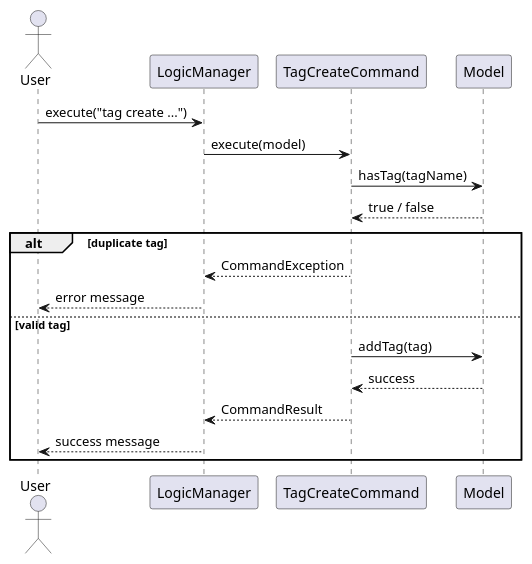
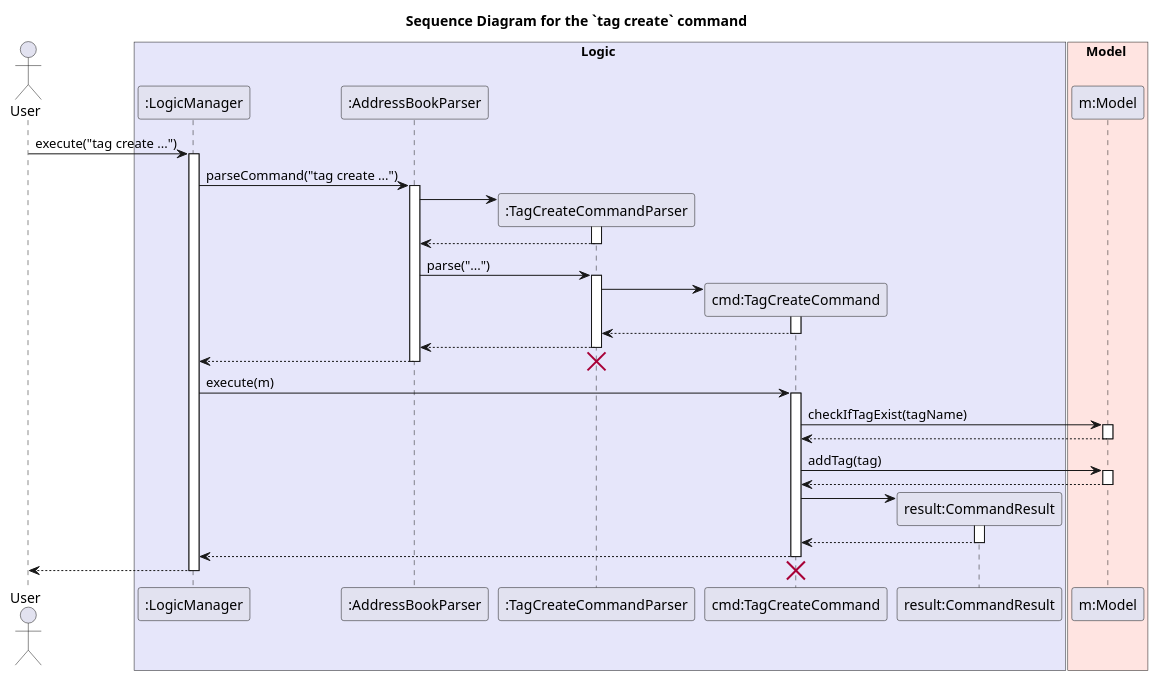
Before and after one commit to AY2526S2-CS2103-T11-1/tp: the diagram in diagrams/tag/TagCreateSequenceDiagram.puml, drawn with PlantUML. The commit also changed 43 other files, not shown here.

```diff
--- a/diagrams/tag/TagCreateSequenceDiagram.puml
+++ b/diagrams/tag/TagCreateSequenceDiagram.puml
@@ -1,24 +1,74 @@
 @startuml
+title Sequence Diagram for the `tag create` command
 
 actor User
-participant "LogicManager" as Logic
-participant "TagCreateCommand" as Command
-participant "Model" as Model
+
+box Logic #E6E6FA
+participant ":LogicManager" as Logic
+participant ":AddressBookParser" as ABParser
+participant ":TagCreateCommandParser" as Parser
+participant "cmd:TagCreateCommand" as Command
+participant "result:CommandResult" as Result
+end box
+
+box Model #FFE4E1
+participant "m:Model" as Model
+end box
 
 User -> Logic : execute("tag create ...")
-Logic -> Command : execute(model)
+activate Logic
 
-Command -> Model : hasTag(tagName)
-Model --> Command : true / false
+Logic -> ABParser : parseCommand("tag create ...")
+activate ABParser
 
-alt duplicate tag
-    Command --> Logic : CommandException
-    Logic --> User : error message
-else valid tag
-    Command -> Model : addTag(tag)
-    Model --> Command : success
-    Command --> Logic : CommandResult
-    Logic --> User : success message
-end
+create Parser
+ABParser -> Parser
+activate Parser
+
+ABParser <-- Parser
+deactivate Parser
+
+ABParser -> Parser : parse("...")
+activate Parser
+
+create Command
+Parser -> Command
+activate Command
+
+Parser <-- Command
+deactivate Command
+
+ABParser <-- Parser
+deactivate Parser
+
+Logic <-- ABParser
+destroy Parser
+deactivate ABParser
+
+Logic -> Command : execute(m)
+activate Command
+
+Command -> Model : checkIfTagExist(tagName)
+activate Model
+Model --> Command
+deactivate Model
+
+Command -> Model : addTag(tag)
+activate Model
+Model --> Command
+deactivate Model
+
+create Result
+Command -> Result
+activate Result
+Result --> Command
+deactivate Result
+
+Logic <-- Command
+deactivate Command
+
+User <-- Logic
+destroy Command
+deactivate Logic
 
 @enduml
```
